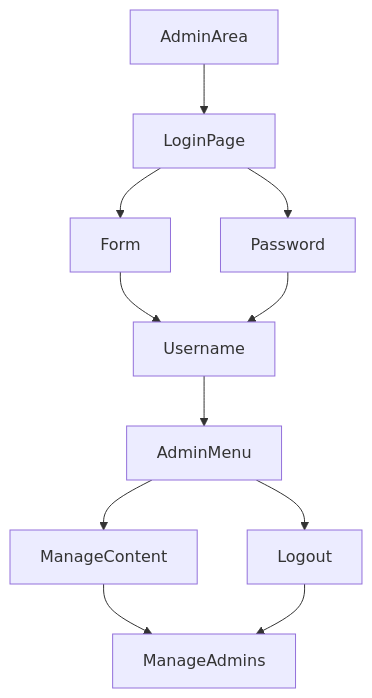
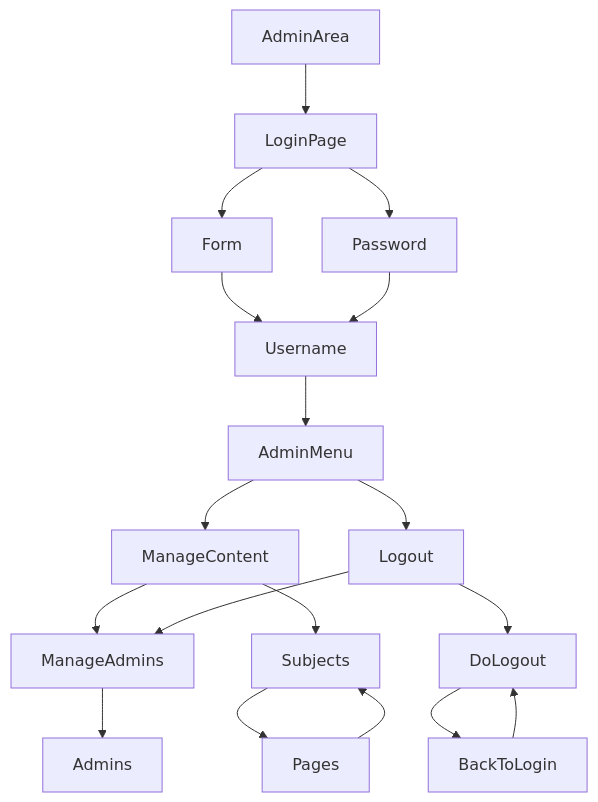
Before and after one commit to HeidiJay/Content-Management-System: the second of 3 diagrams in README.md, drawn with Mermaid.

Commit message:
readme test 1.7 whole mapping

````diff
--- a/README.md
+++ b/README.md
@@ -9,13 +9,20 @@
 ```mermaid
 graph TD;
     AdminArea-->LoginPage;
     LoginPage-->Form;
     LoginPage-->Password;
     Form-->Username;
     Password-->Username;
     Username-->AdminMenu;
     AdminMenu-->ManageContent;
     AdminMenu-->Logout;
     ManageContent-->ManageAdmins;
     Logout-->ManageAdmins;
+    ManageContent-->Subjects;
+    Subjects-->Pages;
+    Pages-->Subjects;
+    ManageAdmins-->Admins;
+    Logout-->DoLogout;
+    DoLogout-->BackToLogin;
+    BackToLogin-->DoLogout;
 ```
````
